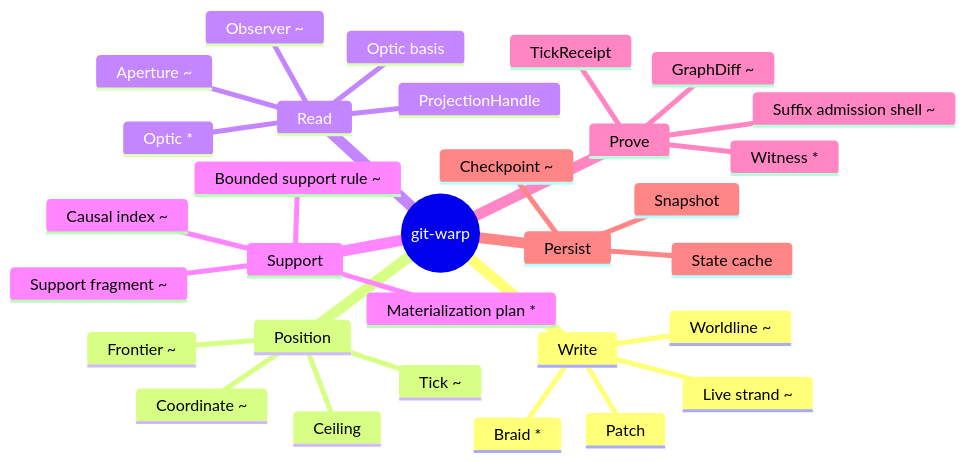
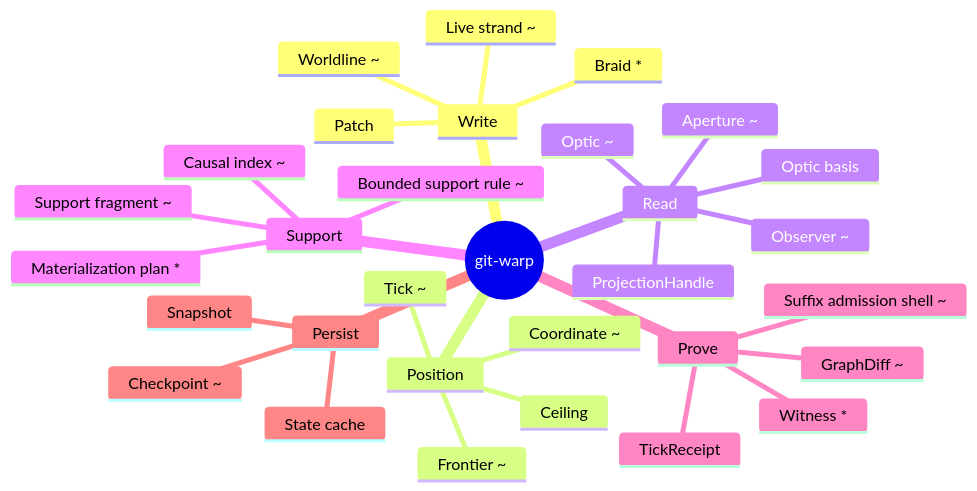
Before and after one commit to git-stunts/git-warp: the diagram in README.md, drawn with Mermaid. The commit also changed other lines of this file and 24 other files, not shown here.

````diff
--- a/README.md
+++ b/README.md
@@ -127,34 +122,34 @@
 ```mermaid
 mindmap
   root((git-warp))
     Write
       Patch
       Worldline ~
       Live strand ~
       Braid *
     Position
       Coordinate ~
       Frontier ~
       Ceiling
       Tick ~
     Read
       ProjectionHandle
       Observer ~
       Aperture ~
-      Optic *
+      Optic ~
       Optic basis
     Support
       Bounded support rule ~
       Causal index ~
       Support fragment ~
       Materialization plan *
     Prove
       Witness *
       TickReceipt
       GraphDiff ~
       Suffix admission shell ~
     Persist
       Snapshot
       State cache
       Checkpoint ~
 ```
````
